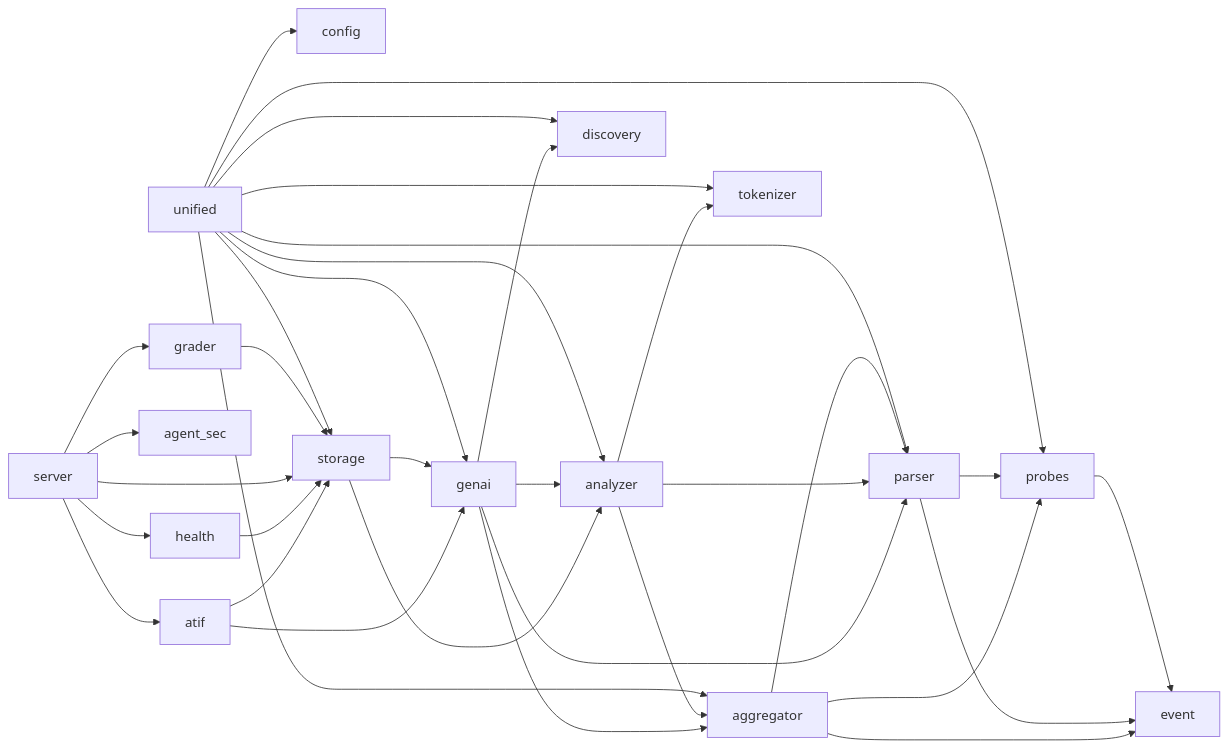
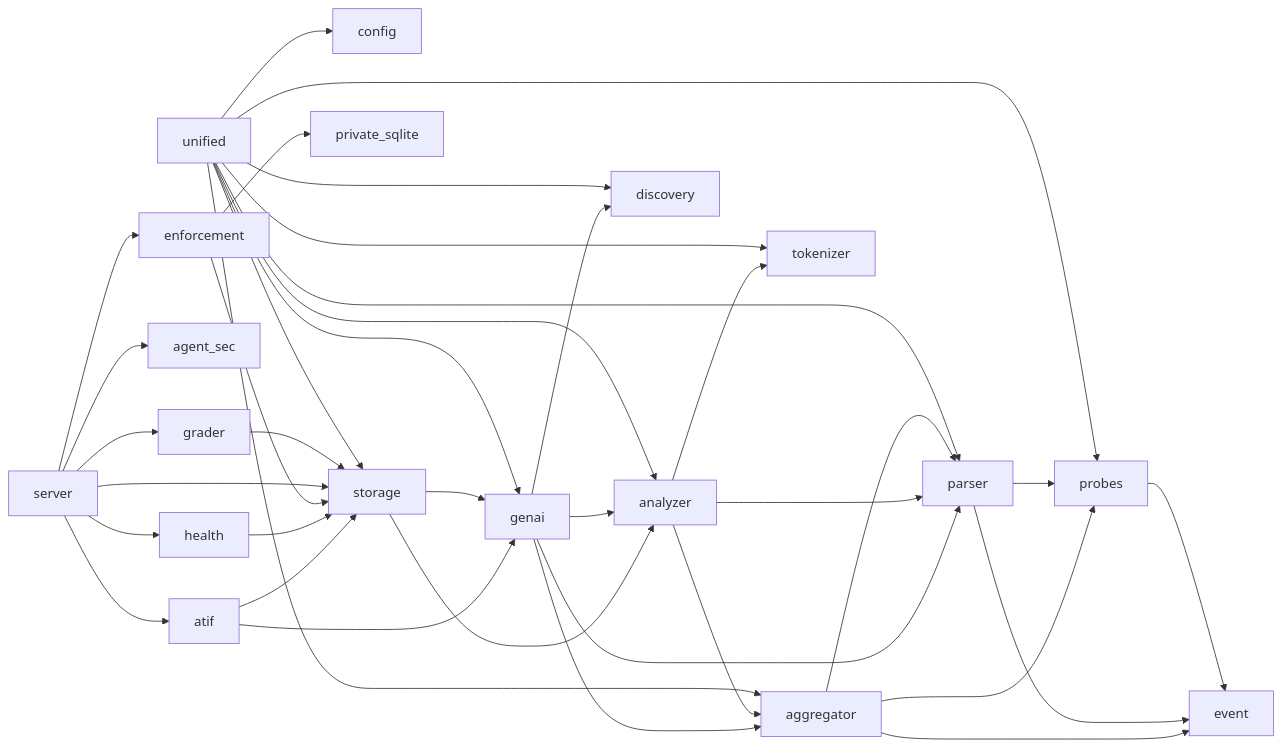
Before and after one commit to 1570005763/anolisa: the second of 3 diagrams in src/agentsight/docs/ARCHITECTURE.md, drawn with Mermaid. The commit also changed other lines of this file and 14 other files, not shown here.

````diff
--- a/src/agentsight/docs/ARCHITECTURE.md
+++ b/src/agentsight/docs/ARCHITECTURE.md
@@ -95,54 +95,59 @@
 ```mermaid
 graph LR
     config[config]
     probes[probes]
     event[event]
     parser[parser]
     aggregator[aggregator]
     analyzer[analyzer]
     tokenizer[tokenizer]
     genai[genai]
     storage[storage]
     discovery[discovery]
     health[health]
     atif[atif]
     agent_sec[agent_sec]
     grader[grader]
+    enforcement[enforcement]
+    private_sqlite[private_sqlite]
     server[server]
     unified[unified]
 
     unified --> config
     unified --> probes
     unified --> parser
     unified --> aggregator
     unified --> analyzer
     unified --> genai
     unified --> storage
     unified --> discovery
     unified --> tokenizer
 
     probes --> event
     parser --> probes
     parser --> event
     aggregator --> parser
     aggregator --> probes
     aggregator --> event
     analyzer --> aggregator
     analyzer --> tokenizer
     analyzer --> parser
     genai --> analyzer
     genai --> discovery
     genai --> aggregator
     genai --> parser
     storage --> analyzer
     storage --> genai
     grader --> storage
     server --> storage
     server --> health
     server --> atif
     server --> agent_sec
     server --> grader
+    server --> enforcement
+    enforcement --> storage
+    enforcement --> private_sqlite
     health --> storage
     atif --> genai
     atif --> storage
 ```
````
